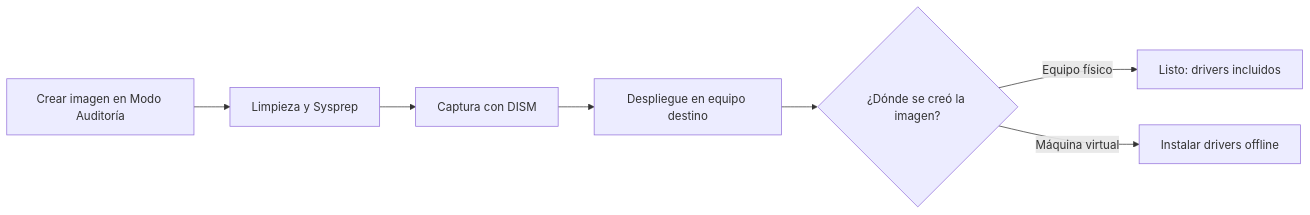
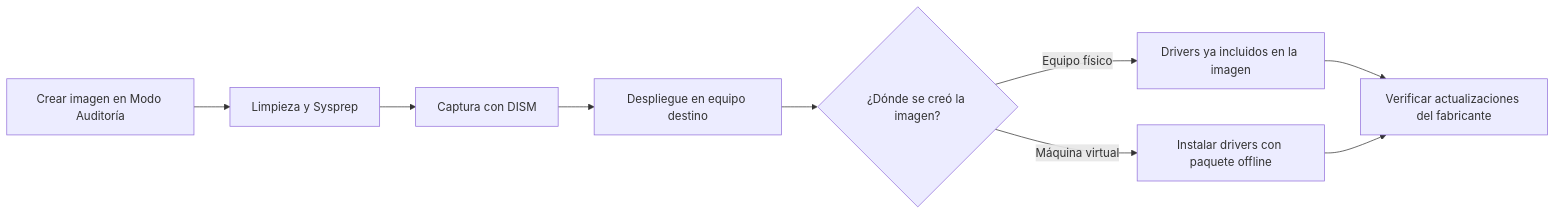
Before and after one commit to DUVAN04/windows-image-deployment: the diagram in README.md, drawn with Mermaid. The commit also changed other lines of this file, not shown here.

````diff
--- a/README.md
+++ b/README.md
@@ -16,9 +23,11 @@
 ```mermaid
 flowchart LR
     A[Crear imagen en Modo Auditoría] --> B[Limpieza y Sysprep]
     B --> C[Captura con DISM]
     C --> D[Despliegue en equipo destino]
     D --> E{"¿Dónde se creó la imagen?"}
-    E -->|Equipo físico| F[Listo: drivers incluidos]
-    E -->|Máquina virtual| G[Instalar drivers offline]
+    E -->|Equipo físico| F["Drivers ya incluidos en la imagen"]
+    E -->|Máquina virtual| G["Instalar drivers con paquete offline"]
+    F --> H["Verificar actualizaciones del fabricante"]
+    G --> H
 ```
````
